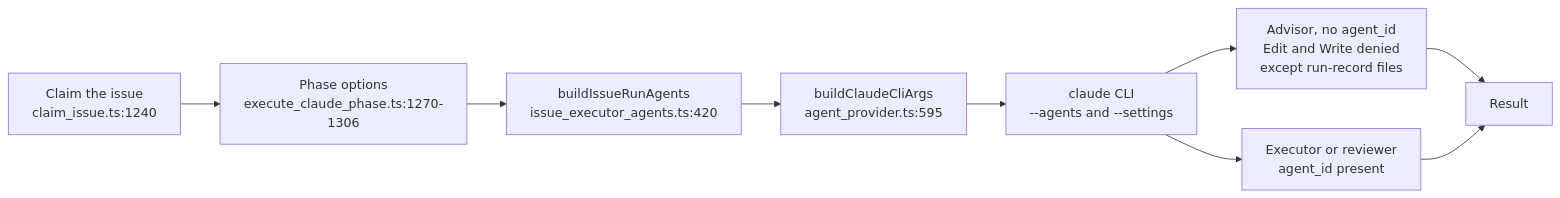
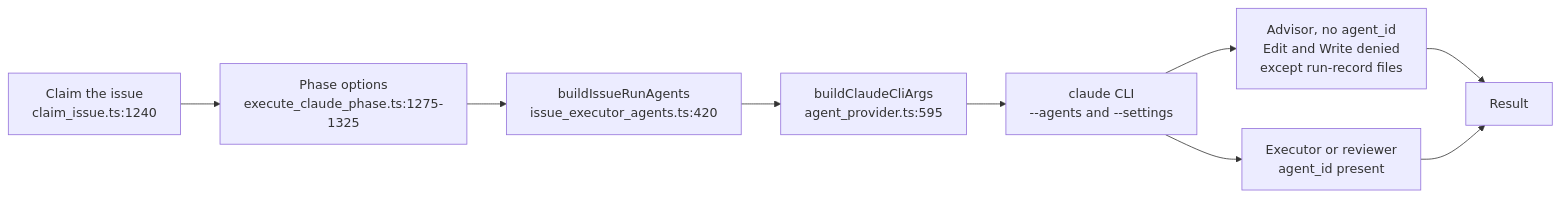
The first of 3 diagrams in docs/MANAGER-WORKER-CONTRACT.md (stSoftwareAU/VibeCoder), drawn with Mermaid before and after one commit. The commit also changed other lines of this file and 4 other files, not shown here.

````diff
--- a/docs/MANAGER-WORKER-CONTRACT.md
+++ b/docs/MANAGER-WORKER-CONTRACT.md
@@ -233,11 +233,11 @@
 ```mermaid
 flowchart LR
-  A["Claim the issue<br/>claim_issue.ts:1240"] --> B["Phase options<br/>execute_claude_phase.ts:1270-1306"]
+  A["Claim the issue<br/>claim_issue.ts:1240"] --> B["Phase options<br/>execute_claude_phase.ts:1275-1325"]
   B --> C["buildIssueRunAgents<br/>issue_executor_agents.ts:420"]
   C --> D["buildClaudeCliArgs<br/>agent_provider.ts:595"]
   D --> E["claude CLI<br/>--agents and --settings"]
   E --> F["Advisor, no agent_id<br/>Edit and Write denied<br/>except run-record files"]
   E --> G["Executor or reviewer<br/>agent_id present"]
   F --> H["Result"]
   G --> H
 ```
````
